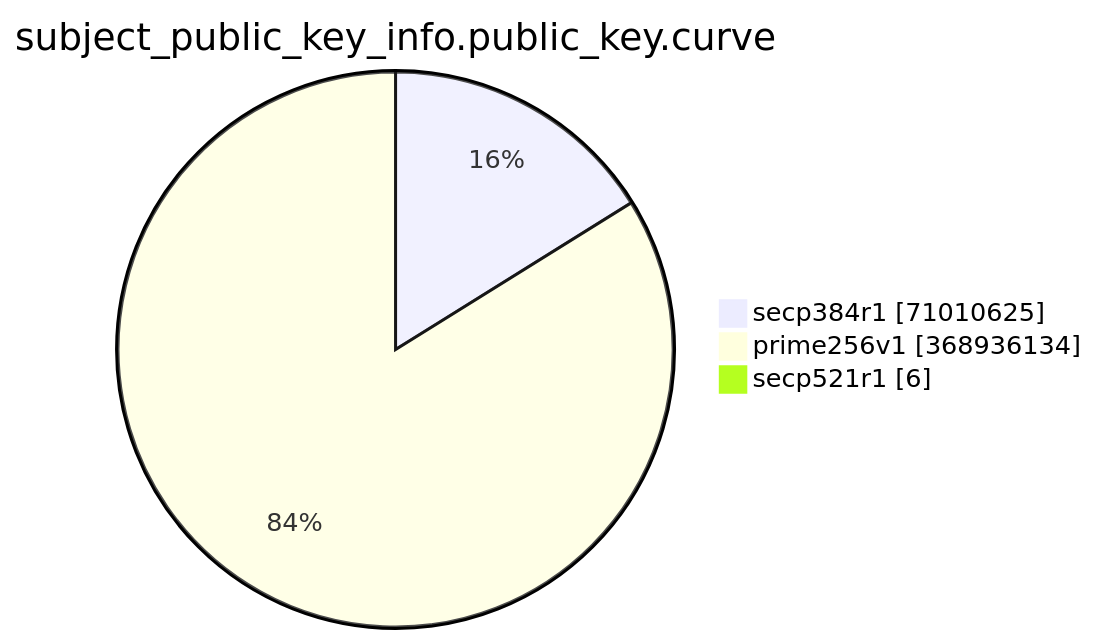
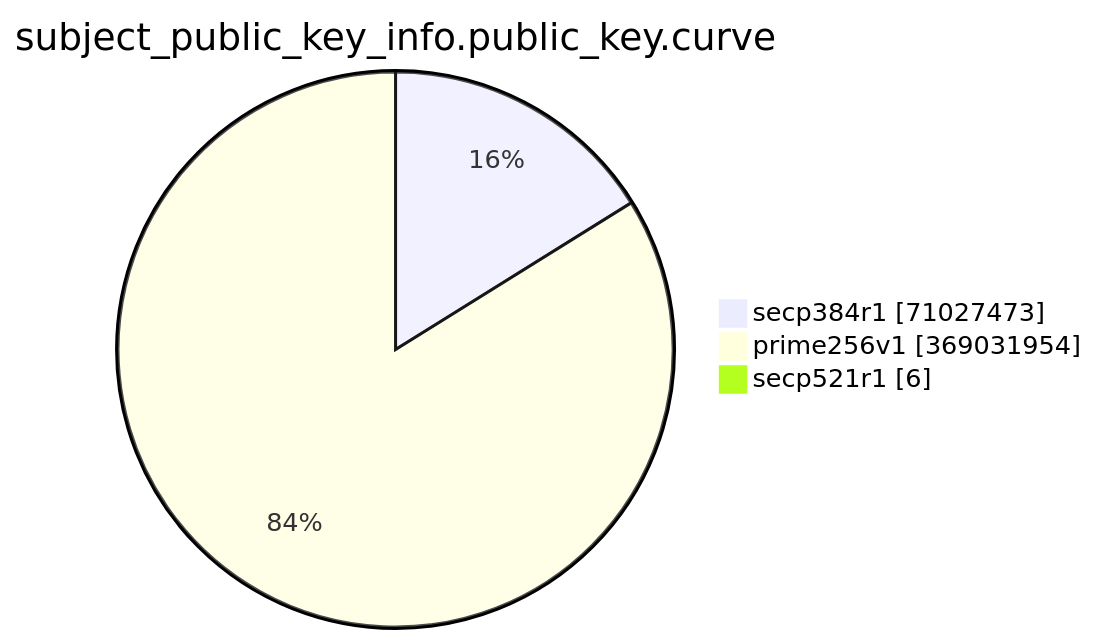
One commit to christiankrug/ctmonitor_visualization changed the eighth of 15 diagrams in TOTAL/README.md. Above: the diagram before and after it, drawn with Mermaid. The commit also changed other lines of this file, not shown here.

````diff
--- a/TOTAL/README.md
+++ b/TOTAL/README.md
@@ -3094,7 +3094,7 @@
 ```mermaid
 pie showData
 title subject_public_key_info.public_key.curve
-"secp384r1" :71010625
-"prime256v1" :368936134
+"secp384r1" :71027473
+"prime256v1" :369031954
 "secp521r1" :6
 ```
````
